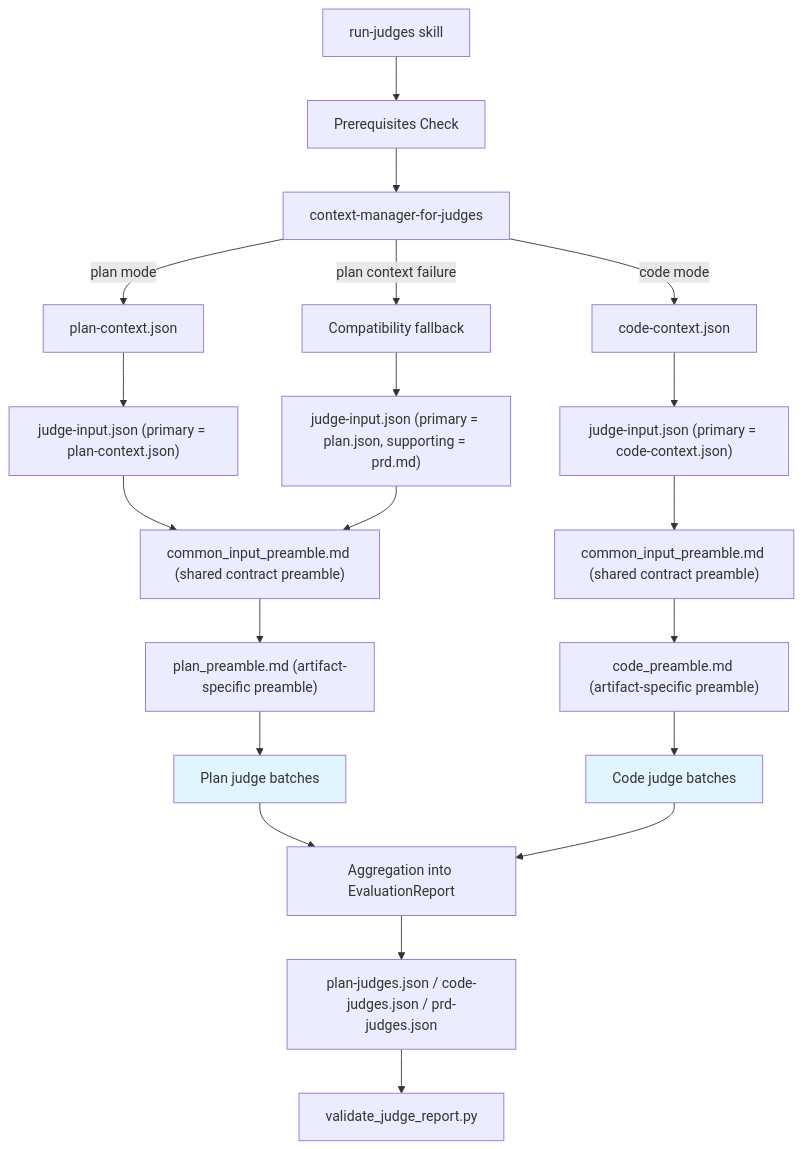
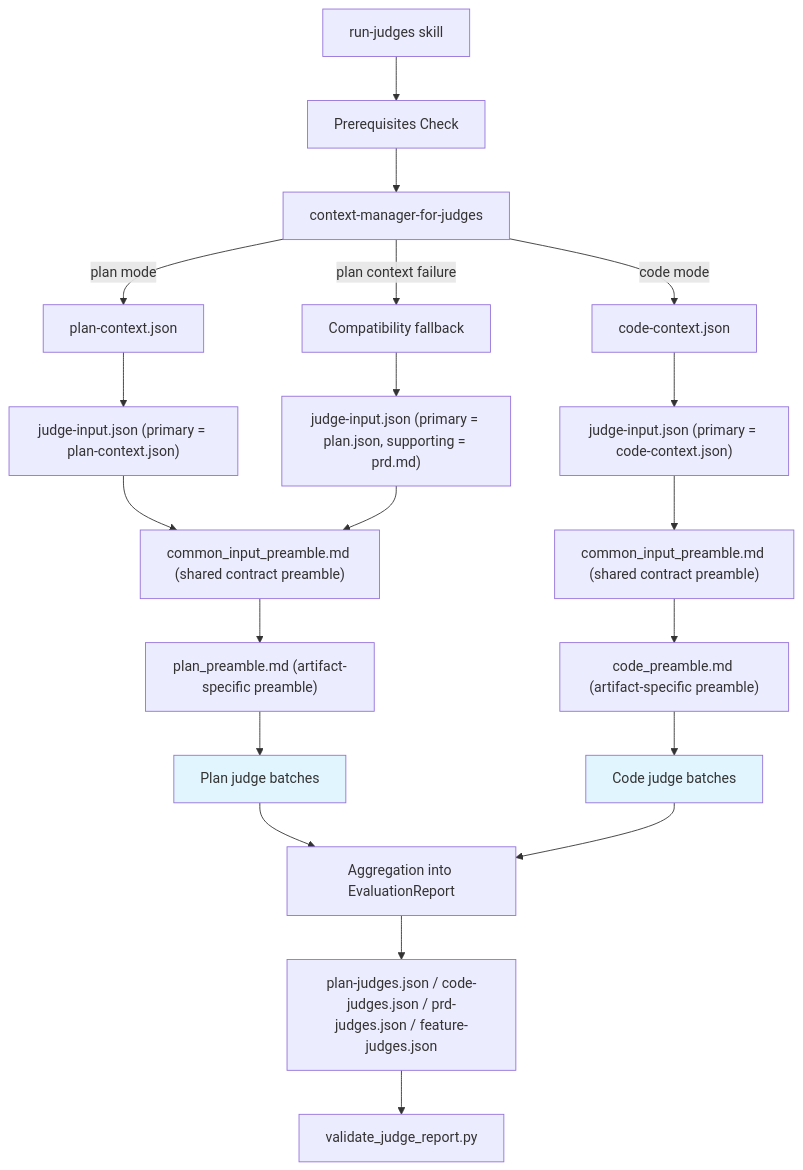
The diagram in plugins/judges/README.md (closedloop-ai/claude-plugins), drawn with Mermaid before and after one commit. The commit also changed other lines of this file and 7 other files, not shown here.

First line of the commit message:
PLN-418: feat(judges) add feature evaluation mode

````diff
--- a/plugins/judges/README.md
+++ b/plugins/judges/README.md
@@ -21,25 +21,25 @@
 ```mermaid
 graph TD
     Start[run-judges skill] --> Check[Prerequisites Check]
     Check --> CtxMgr[context-manager-for-judges]
     CtxMgr -->|plan mode| PlanJSON["plan-context.json"]
     PlanJSON --> PlanInput["judge-input.json (primary = plan-context.json)"]
     PlanInput --> CommonPlan["common_input_preamble.md (shared contract preamble)"]
     CommonPlan --> PlanPreamble["plan_preamble.md (artifact-specific preamble)"]
     PlanPreamble --> PlanBatches[Plan judge batches]
     CtxMgr -->|code mode| CodeJSON["code-context.json"]
     CodeJSON --> CodeInput["judge-input.json (primary = code-context.json)"]
     CodeInput --> CommonCode["common_input_preamble.md (shared contract preamble)"]
     CommonCode --> CodePreamble["code_preamble.md (artifact-specific preamble)"]
     CodePreamble --> CodeBatches[Code judge batches]
     CtxMgr -->|plan context failure| Compat[Compatibility fallback]
     Compat --> CompatInput["judge-input.json (primary = plan.json, supporting = prd.md)"]
     CompatInput --> CommonPlan
     PlanBatches --> Agg[Aggregation into EvaluationReport]
     CodeBatches --> Agg
-    Agg --> Report["plan-judges.json / code-judges.json / prd-judges.json"]
+    Agg --> Report["plan-judges.json / code-judges.json / prd-judges.json / feature-judges.json"]
     Report --> Validate["validate_judge_report.py"]
 
     style PlanBatches fill:#e1f5fe
     style CodeBatches fill:#e1f5fe
 ```
````
